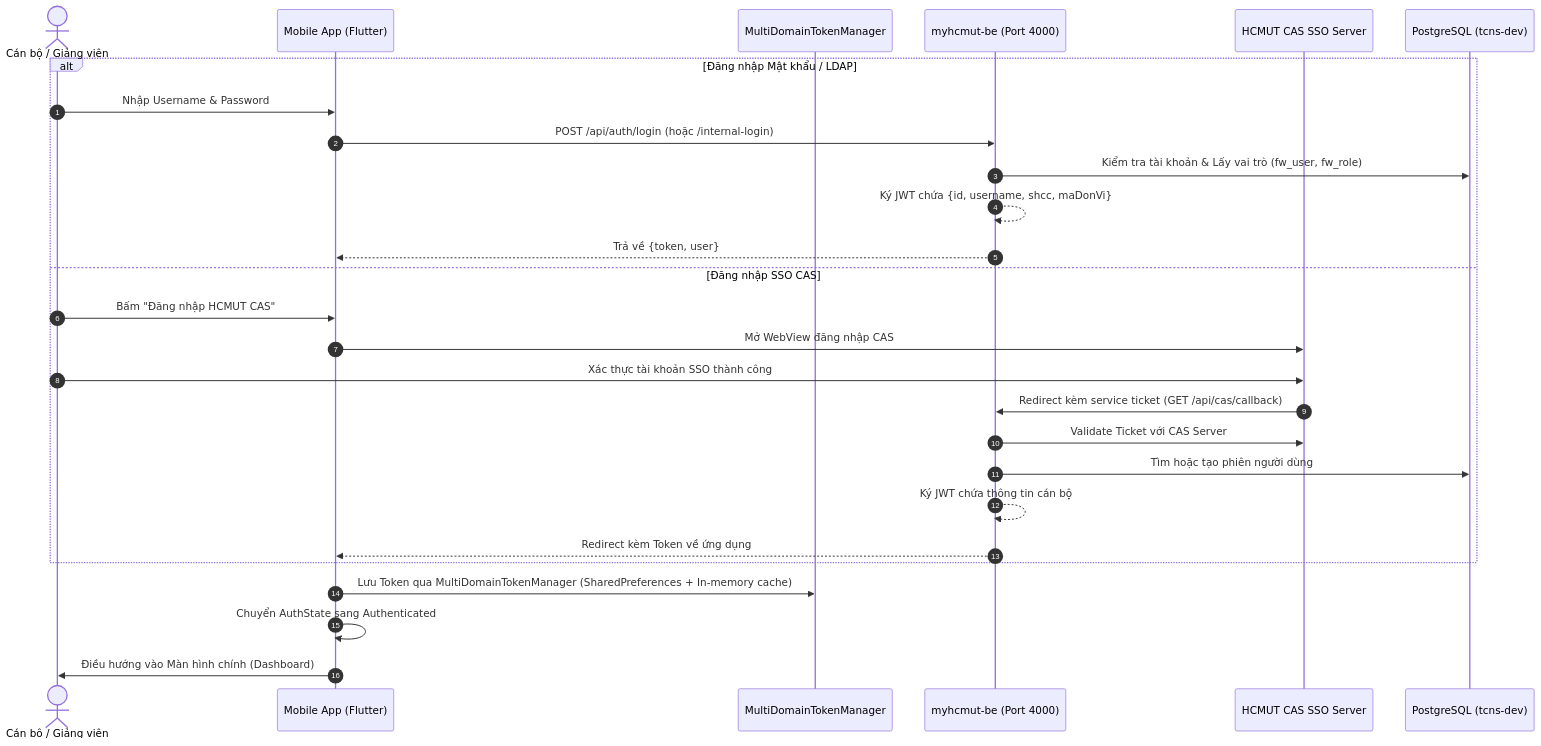
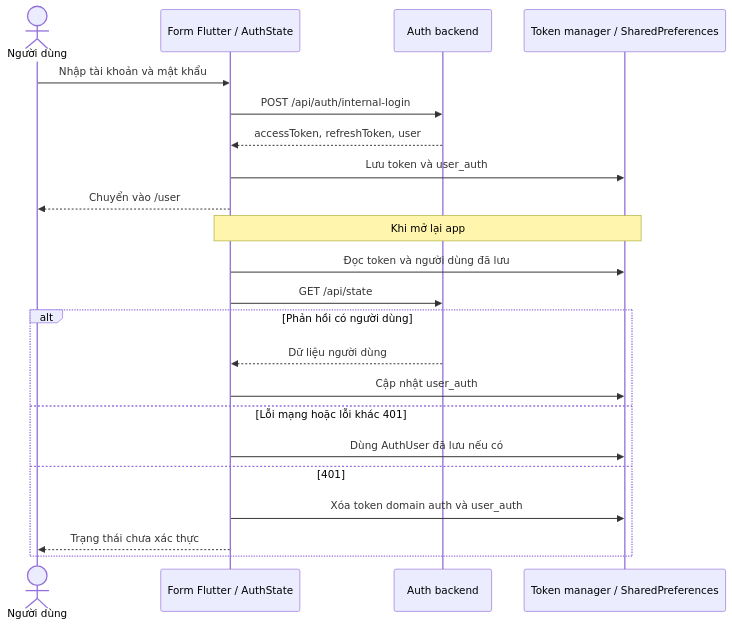
One commit to xchinh/Report-DATN changed the second of 9 diagrams in docs/SYSTEM_OPERATION.md. Above: the diagram before and after it, drawn with Mermaid. The commit also changed other lines of this file and 10 other files, not shown here.

````diff
--- a/docs/SYSTEM_OPERATION.md
+++ b/docs/SYSTEM_OPERATION.md
@@ -124,31 +87,24 @@
 ```mermaid
 sequenceDiagram
-    autonumber
-    actor User as Cán bộ / Giảng viên
-    participant Mobile as Mobile App (Flutter)
-    participant AuthMgr as MultiDomainTokenManager
-    participant AuthBE as myhcmut-be (Port 4000)
-    participant CAS as HCMUT CAS SSO Server
-    participant DB as PostgreSQL (tcns-dev)
-
-    alt Đăng nhập Mật khẩu / LDAP
-        User->>Mobile: Nhập Username & Password
-        Mobile->>AuthBE: POST /api/auth/login (hoặc /internal-login)
-        AuthBE->>DB: Kiểm tra tài khoản & Lấy vai trò (fw_user, fw_role)
-        AuthBE-->>AuthBE: Ký JWT chứa {id, username, shcc, maDonVi}
-        AuthBE-->>Mobile: Trả về {token, user}
-    else Đăng nhập SSO CAS
-        User->>Mobile: Bấm "Đăng nhập HCMUT CAS"
-        Mobile->>CAS: Mở WebView đăng nhập CAS
-        User->>CAS: Xác thực tài khoản SSO thành công
-        CAS->>AuthBE: Redirect kèm service ticket (GET /api/cas/callback)
-        AuthBE->>CAS: Validate Ticket với CAS Server
-        AuthBE->>DB: Tìm hoặc tạo phiên người dùng
-        AuthBE-->>AuthBE: Ký JWT chứa thông tin cán bộ
-        AuthBE-->>Mobile: Redirect kèm Token về ứng dụng
+    actor User as Người dùng
+    participant Mobile as Form Flutter / AuthState
+    participant Auth as Auth backend
+    participant Cache as Token manager / SharedPreferences
+    User->>Mobile: Nhập tài khoản và mật khẩu
+    Mobile->>Auth: POST /api/auth/internal-login
+    Auth-->>Mobile: accessToken, refreshToken, user
+    Mobile->>Cache: Lưu token và user_auth
+    Mobile-->>User: Chuyển vào /user
+    Note over Mobile,Cache: Khi mở lại app
+    Mobile->>Cache: Đọc token và người dùng đã lưu
+    Mobile->>Auth: GET /api/state
+    alt Phản hồi có người dùng
+        Auth-->>Mobile: Dữ liệu người dùng
+        Mobile->>Cache: Cập nhật user_auth
+    else Lỗi mạng hoặc lỗi khác 401
+        Mobile->>Cache: Dùng AuthUser đã lưu nếu có
+    else 401
+        Mobile->>Cache: Xóa token domain auth và user_auth
+        Mobile-->>User: Trạng thái chưa xác thực
     end
-
-    Mobile->>AuthMgr: Lưu Token qua MultiDomainTokenManager (SharedPreferences + In-memory cache)
-    Mobile->>Mobile: Chuyển AuthState sang Authenticated
-    Mobile->>User: Điều hướng vào Màn hình chính (Dashboard)
 ```
````
